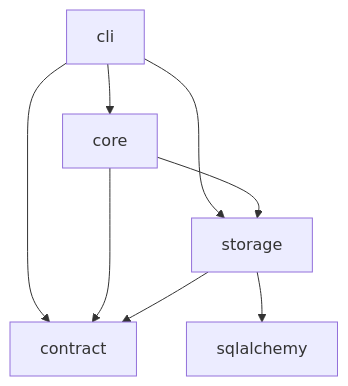
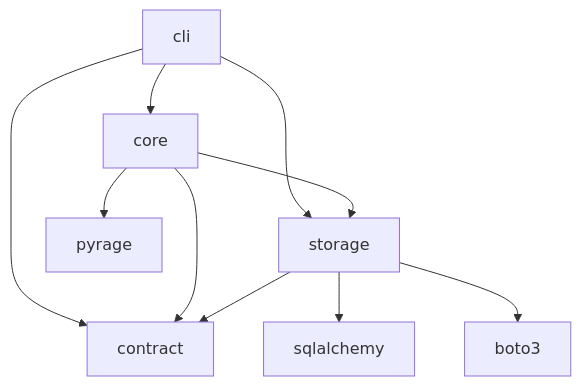
The diagram in docs/explanation/module-boundaries.md (jensens/previously), drawn with Mermaid before and after one commit. The commit also changed other lines of this file and 24 other files, not shown here.

````diff
--- a/docs/explanation/module-boundaries.md
+++ b/docs/explanation/module-boundaries.md
@@ -20,12 +21,14 @@
 ```{mermaid}
-:caption: The import edges after stage 1b: all six between its own modules, and not one of them exempted. The seventh arrow leaves the package.
+:caption: The import edges after stage 1c: all six between its own modules, and not one of them exempted. Three arrows leave the package.
 
 graph TD
     cli[cli] --> core[core]
     cli --> storage[storage]
     cli --> contract[contract]
     core --> storage
     core --> contract
     storage --> contract
     storage --> sqlalchemy[sqlalchemy]
+    core --> pyrage[pyrage]
+    storage --> boto3[boto3]
 ```
````
